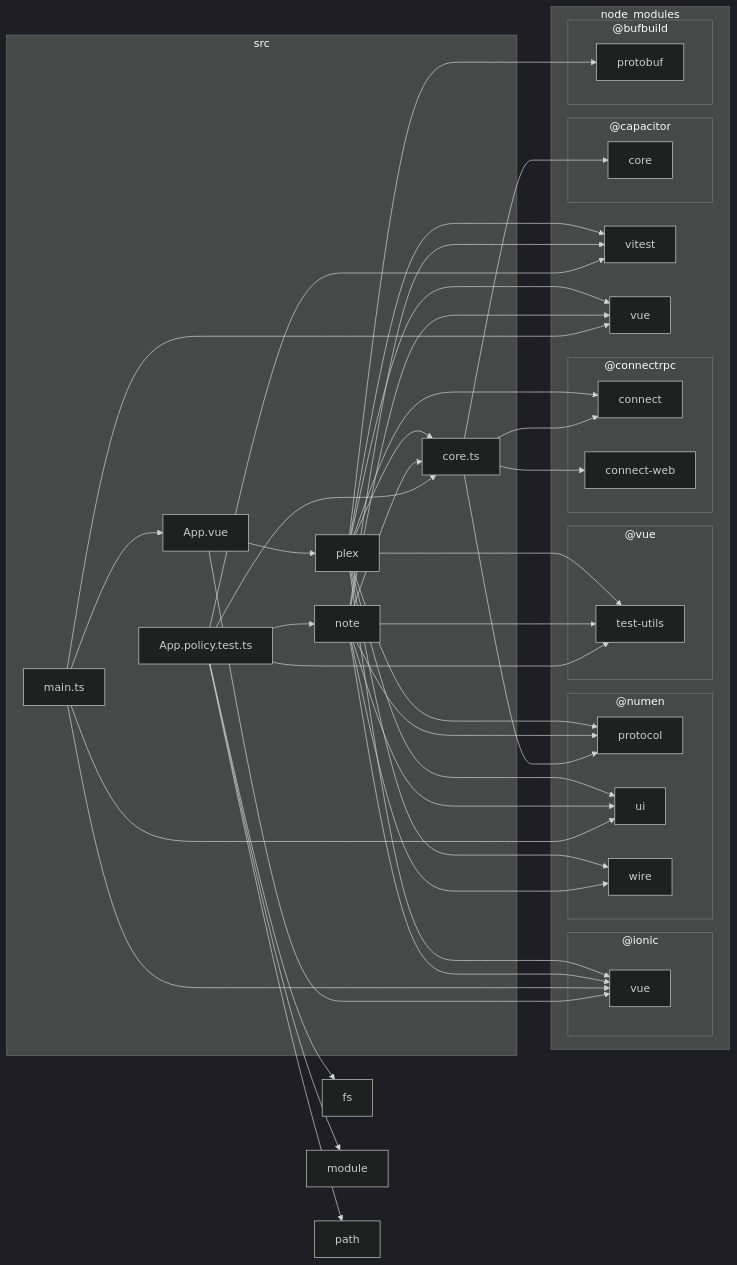
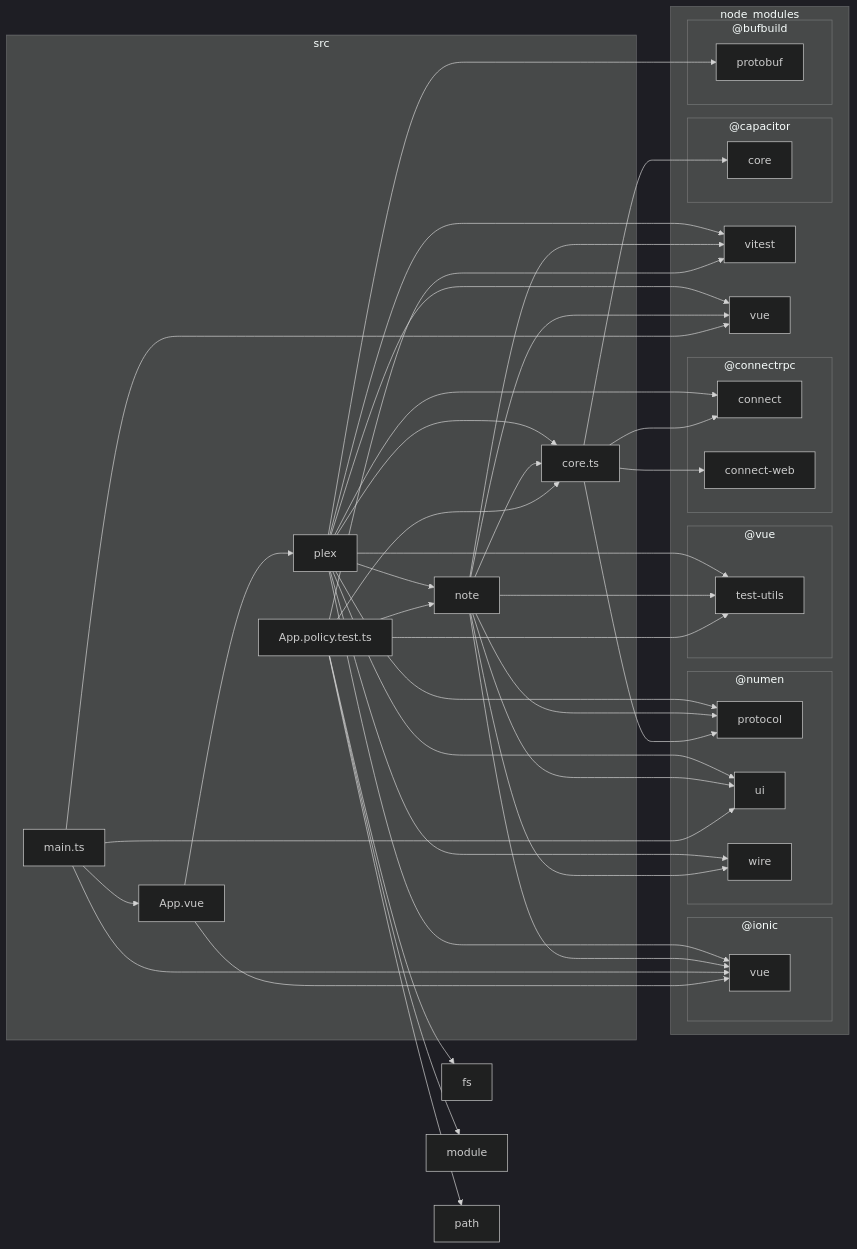
The fifth of 5 diagrams in docs/dependencies.md (jiva-studio/numen), drawn with Mermaid (dark theme) before and after one commit.

Commit message:
docs: update dependencies graph

````diff
--- a/docs/dependencies.md
+++ b/docs/dependencies.md
@@ -363,75 +363,76 @@
 ```mermaid
 flowchart LR
 
 subgraph 2["node_modules"]
 subgraph 3["@bufbuild"]
 4["protobuf"]
 end
 subgraph 5["@capacitor"]
 6["core"]
 end
 subgraph 7["@connectrpc"]
 8["connect"]
 9["connect-web"]
 end
 subgraph A["@ionic"]
 B["vue"]
 end
 subgraph C["@numen"]
 D["protocol"]
 E["ui"]
 F["wire"]
 end
 subgraph G["@vue"]
 H["test-utils"]
 end
 I["vitest"]
 J["vue"]
 end
 K["fs"]
 L["module"]
 M["path"]
 subgraph N["src"]
 O["App.policy.test.ts"]
 P["App.vue"]
 Q["core.ts"]
 R["main.ts"]
 S["note"]
 T["plex"]
 end
 O-->H
 O-->I
 O-->K
 O-->L
 O-->M
 O-->Q
 O-->S
 P-->B
 P-->T
 Q-->6
 Q-->8
 Q-->9
 Q-->D
 R-->B
 R-->E
 R-->J
 R-->P
 S-->B
 S-->D
 S-->E
 S-->F
 S-->H
 S-->I
 S-->J
 S-->Q
 T-->4
 T-->8
 T-->B
 T-->D
 T-->E
 T-->F
 T-->H
 T-->I
 T-->J
 T-->Q
+T-->S
 ```
````
